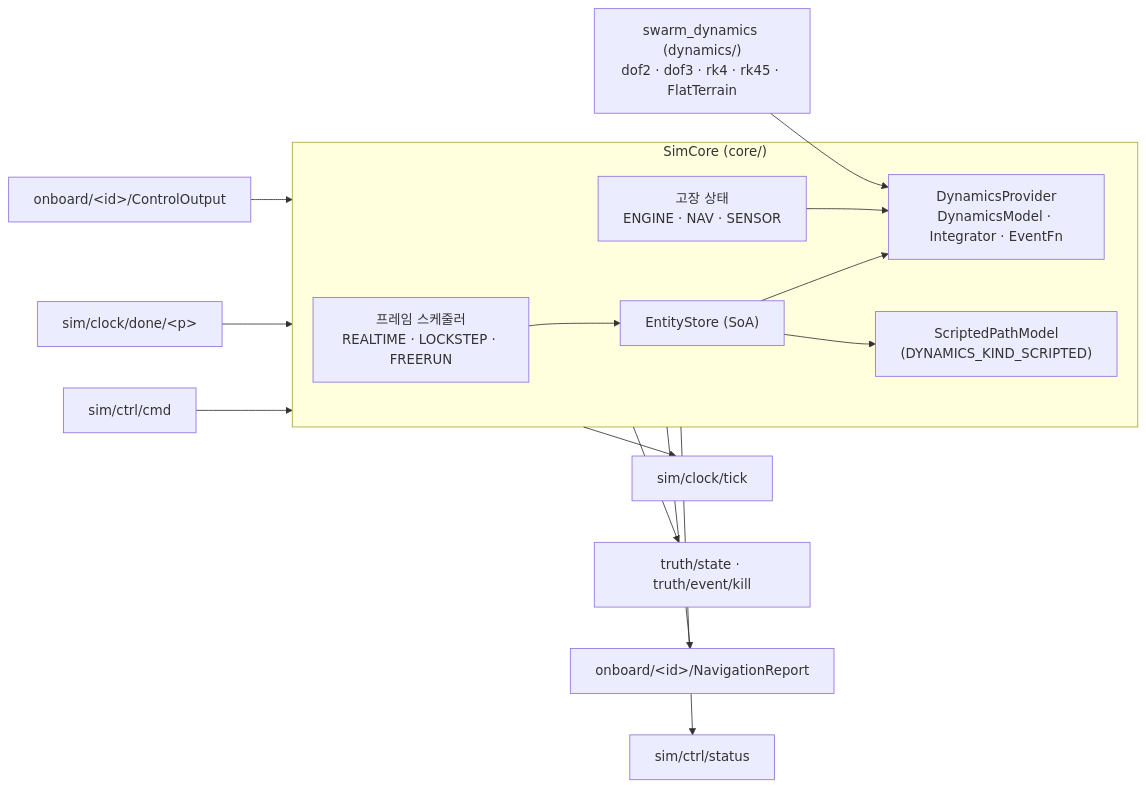
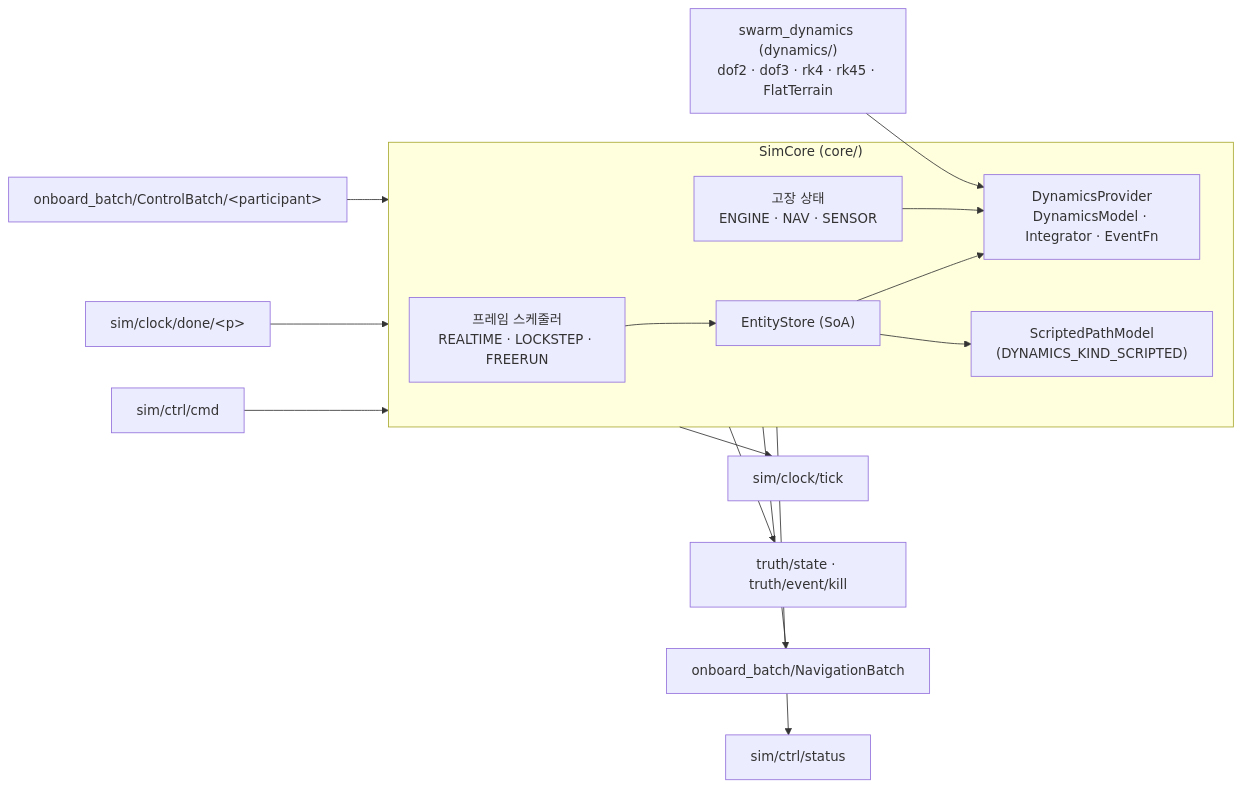
One commit to Kimbyung-wook/SwarmFlSim changed the diagram in core/TRACE.md. Above: the diagram before and after it, drawn with Mermaid. The commit also changed other lines of this file and 3 other files, not shown here.

````diff
--- a/core/TRACE.md
+++ b/core/TRACE.md
@@ -5,21 +5,21 @@
 ```mermaid
 flowchart LR
     CMD["sim/ctrl/cmd"] --> CORE
     DONE["sim/clock/done/&lt;p&gt;"] --> CORE
-    CO["onboard/&lt;id&gt;/ControlOutput"] --> CORE
+    CO["onboard_batch/ControlBatch/&lt;participant&gt;"] --> CORE
     subgraph CORE["SimCore (core/)"]
         SCH["프레임 스케줄러<br/>REALTIME · LOCKSTEP · FREERUN"]
         ES["EntityStore (SoA)"]
         DP["DynamicsProvider<br/>DynamicsModel · Integrator · EventFn"]
         SC["ScriptedPathModel<br/>(DYNAMICS_KIND_SCRIPTED)"]
         FLT["고장 상태<br/>ENGINE · NAV · SENSOR"]
         SCH --> ES --> DP
         ES --> SC
         FLT --> DP
     end
     WP2["swarm_dynamics (dynamics/)<br/>dof2 · dof3 · rk4 · rk45 · FlatTerrain"] --> DP
     CORE --> TICK["sim/clock/tick"]
     CORE --> TRUTH["truth/state · truth/event/kill"]
-    CORE --> NAV["onboard/&lt;id&gt;/NavigationReport"]
+    CORE --> NAV["onboard_batch/NavigationBatch"]
     CORE --> ST["sim/ctrl/status"]
 ```
````
